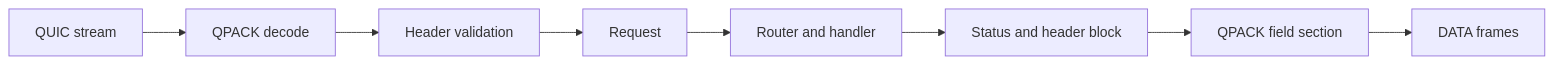
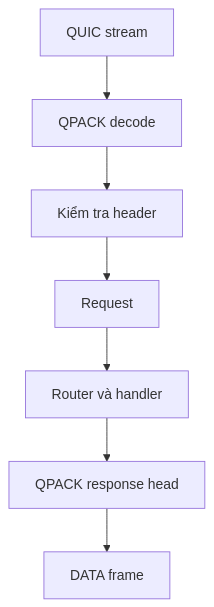
The diagram in apps/uwz-docs/docs/vi/docs/http3/request-path.mdx (farbenbuilds/websites), drawn with Mermaid before and after one commit. The commit also changed 1 other file, not shown here.

Commit message:
docs(uwz-docs): make the HTTP/3 request-path diagram vertical
A horizontal eight-node flowchart scaled down to fit the prose column, which made its labels too small. Use a vertical seven-node flow so the diagram renders at its natural text size in both locales.

````diff
--- a/apps/uwz-docs/docs/vi/docs/http3/request-path.mdx
+++ b/apps/uwz-docs/docs/vi/docs/http3/request-path.mdx
@@ -14,10 +14,9 @@
 ```mermaid
-flowchart LR
+flowchart TD
     A[QUIC stream] --> B[QPACK decode]
-    B --> C[Header validation]
+    B --> C[Kiểm tra header]
     C --> D[Request]
-    D --> E[Router and handler]
-    E --> F[Status and header block]
-    F --> G[QPACK field section]
-    G --> H[DATA frames]
+    D --> E[Router và handler]
+    E --> F[QPACK response head]
+    F --> G[DATA frame]
 ```
````
